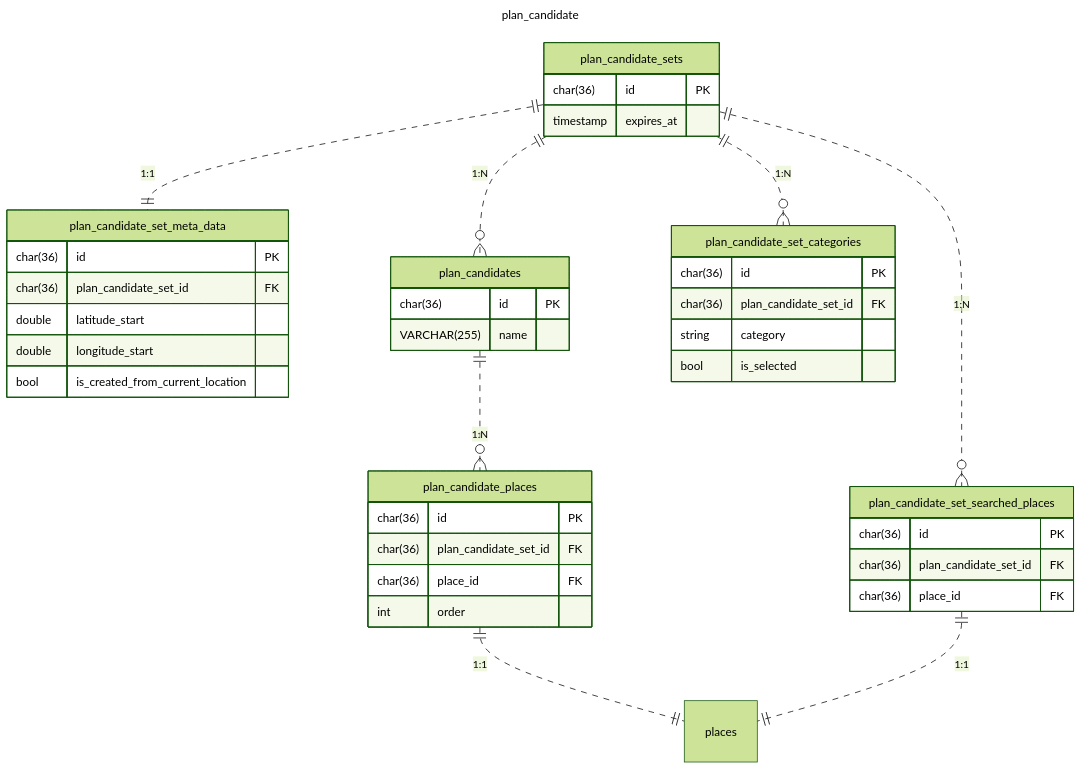
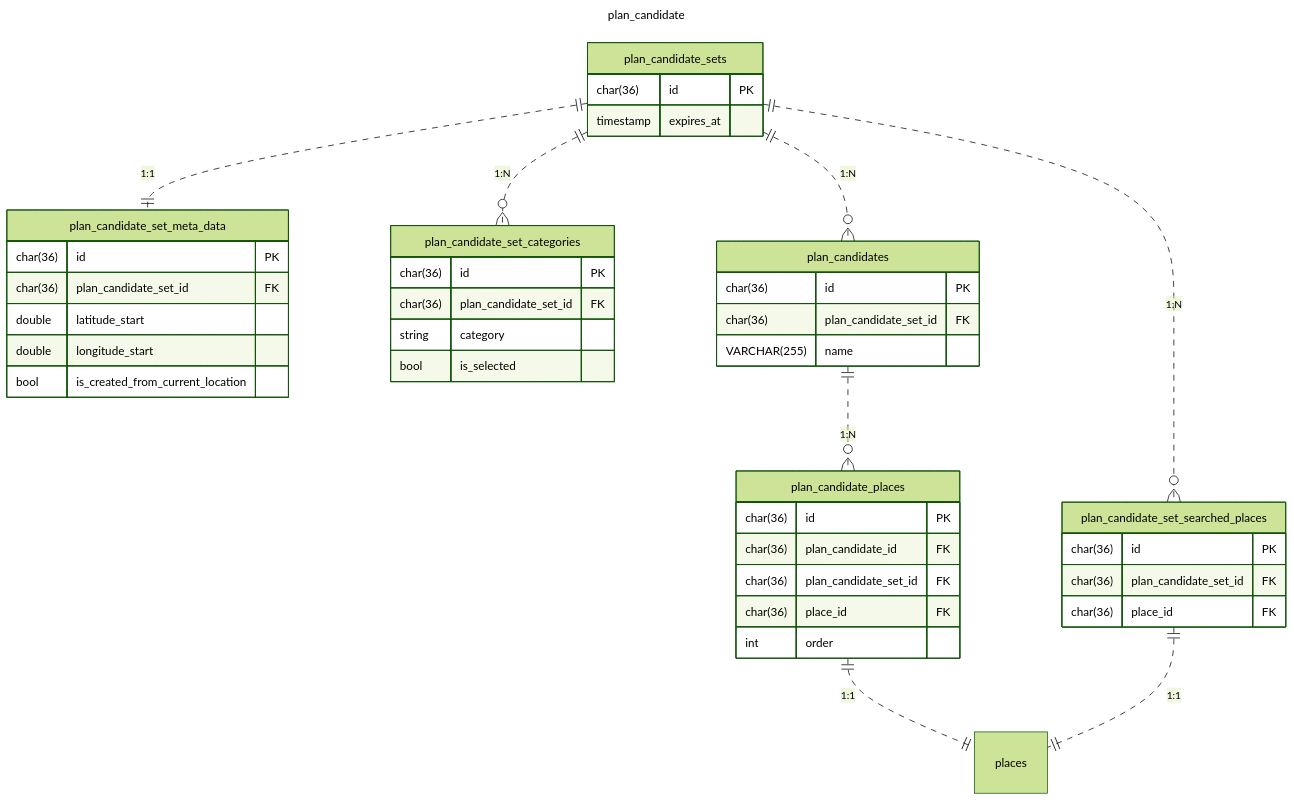
Before and after one commit to poroto-app/planner: the third of 3 diagrams in doc/database/er.md, drawn with Mermaid (forest theme). The commit also changed 1 other file, not shown here.

Commit message:
feat(db): プランに含まれる場所のIDリストにPlanCandidateへの参照を追加

````diff
--- a/doc/database/er.md
+++ b/doc/database/er.md
@@ -108,51 +108,53 @@
 ```mermaid
 ---
 title: plan_candidate
 ---
 erDiagram
     plan_candidate_sets {
         char(36) id PK
         timestamp expires_at
     }
 
     plan_candidate_set_meta_data {
         char(36) id PK
         char(36) plan_candidate_set_id FK
         double latitude_start
         double longitude_start
         bool is_created_from_current_location
     }
 
-    plan_candidates {
-        char(36) id PK
-        VARCHAR(255) name
-    }
-
     plan_candidate_set_searched_places {
         char(36) id PK
         char(36) plan_candidate_set_id FK
         char(36) place_id FK
-    }
-
-    plan_candidate_places {
-        char(36) id PK
-        char(36) plan_candidate_set_id FK
-        char(36) place_id FK
-        int order
     }
 
     plan_candidate_set_categories {
         char(36) id PK
         char(36) plan_candidate_set_id FK
         string category
         bool is_selected
+    }
+
+    plan_candidates {
+        char(36) id PK
+        char(36) plan_candidate_set_id FK
+        VARCHAR(255) name
+    }
+
+    plan_candidate_places {
+        char(36) id PK
+        char(36) plan_candidate_id FK
+        char(36) plan_candidate_set_id FK
+        char(36) place_id FK
+        int order
     }
 
     plan_candidate_sets ||..o{ plan_candidates: "1:N"
     plan_candidate_sets ||..|| plan_candidate_set_meta_data: "1:1"
     plan_candidate_sets ||..o{ plan_candidate_set_categories: "1:N"
     plan_candidate_sets ||..o{ plan_candidate_set_searched_places: "1:N"
     plan_candidates ||..o{ plan_candidate_places: "1:N"
     plan_candidate_places ||..|| places: "1:1"
     plan_candidate_set_searched_places ||..|| places: "1:1"
 ```
````
